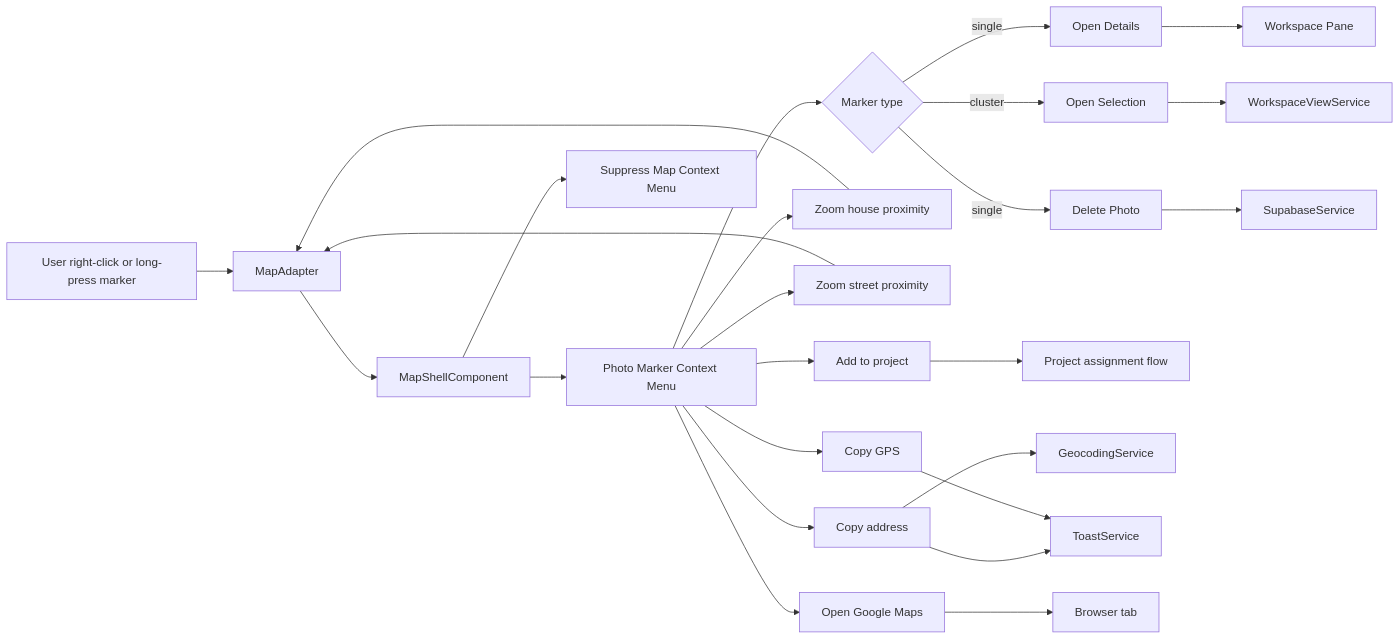
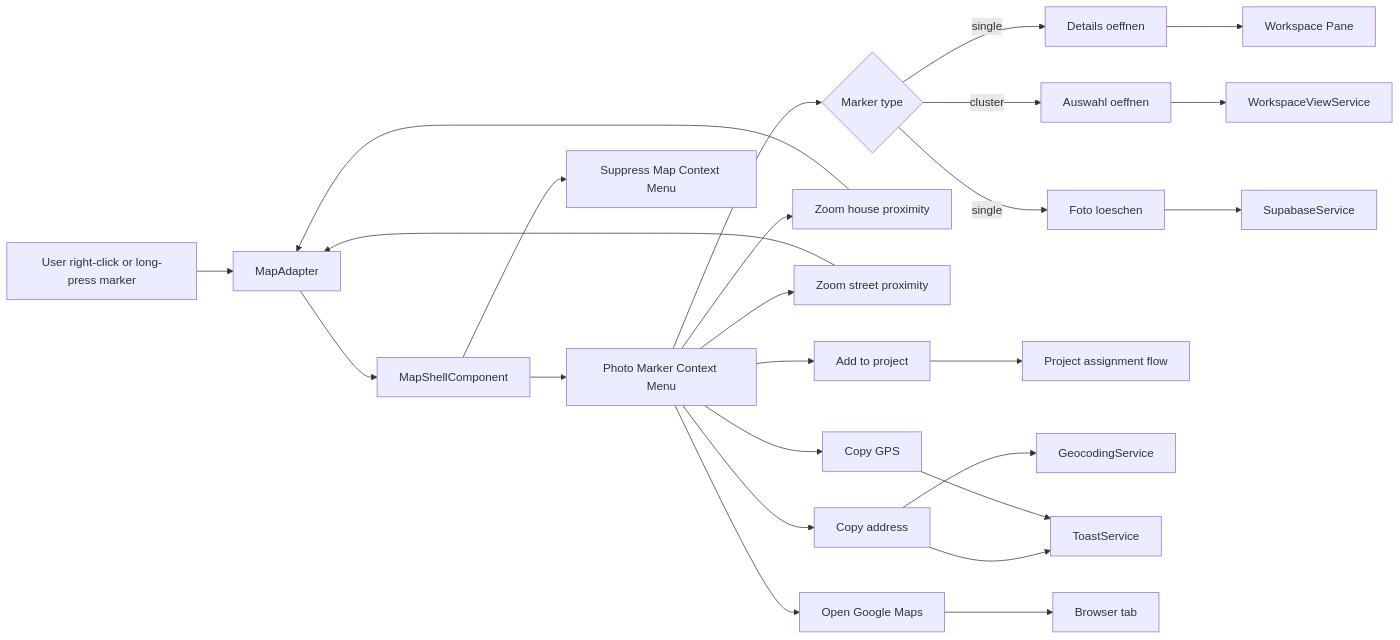
The first of 2 diagrams in docs/element-specs/photo-marker-context-menu.md (matkleve/feldpost), drawn with Mermaid before and after one commit. The commit also changed other lines of this file and 22 other files, not shown here.

````diff
--- a/docs/element-specs/photo-marker-context-menu.md
+++ b/docs/element-specs/photo-marker-context-menu.md
@@ -66,27 +67,27 @@
 ```mermaid
 flowchart LR
   U[User right-click or long-press marker] --> MA[MapAdapter marker event]
   MA --> MS[MapShellComponent]
   MS --> MCM[Photo Marker Context Menu]
   MCM --> T{Marker type}
-  T -->|single| OD[Open Details]
-  T -->|cluster| OS[Open Selection]
-  T -->|single| DP[Delete Photo]
+  T -->|single| OD[Details oeffnen]
+  T -->|cluster| OS[Auswahl oeffnen]
+  T -->|single| DP[Foto loeschen]
   MCM --> ZH[Zoom house proximity]
   MCM --> ZS[Zoom street proximity]
   MCM --> AP[Add to project]
   MCM --> CA[Copy address]
   MCM --> CG[Copy GPS]
   MCM --> GM[Open Google Maps]
   OD --> WP[Workspace Pane]
   OS --> WVS[WorkspaceViewService]
   ZH --> MA[MapAdapter]
   ZS --> MA[MapAdapter]
   AP --> PA[Project assignment flow]
   CA --> GS[GeocodingService]
   CA --> TS[ToastService]
   CG --> TS[ToastService]
   GM --> BR[Browser tab]
   DP --> SS[SupabaseService]
   MS --> SUP[Suppress Map Context Menu]
 ```
````
